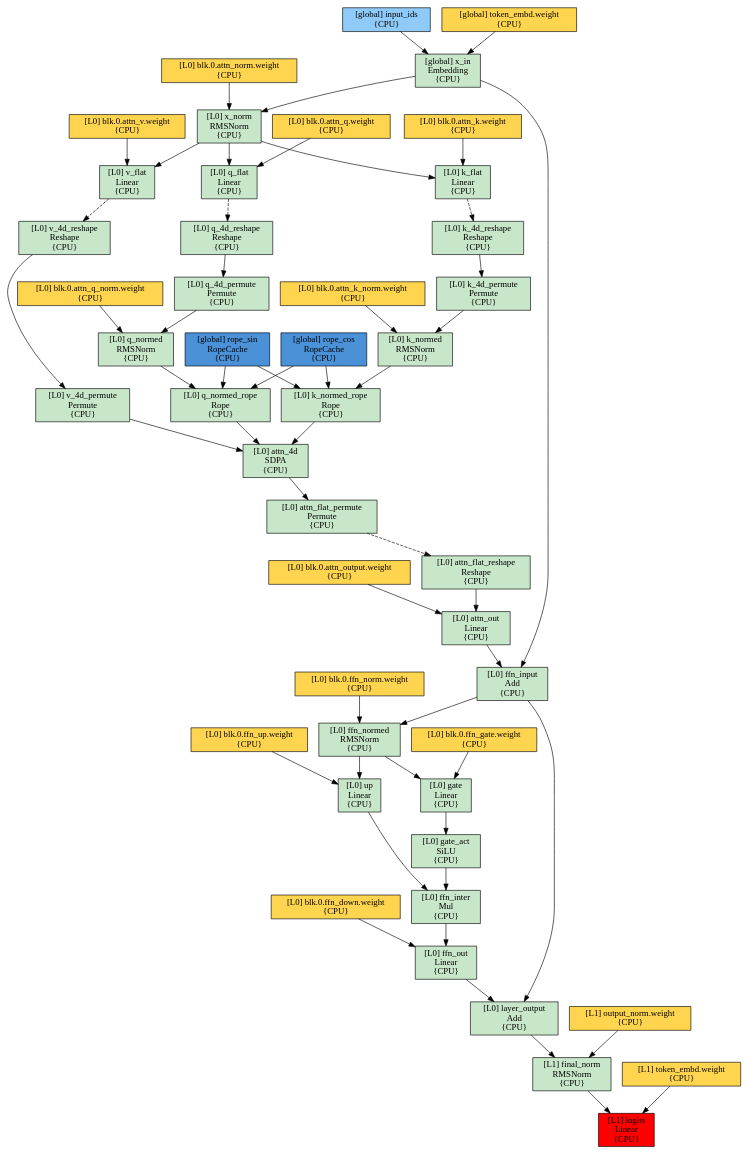
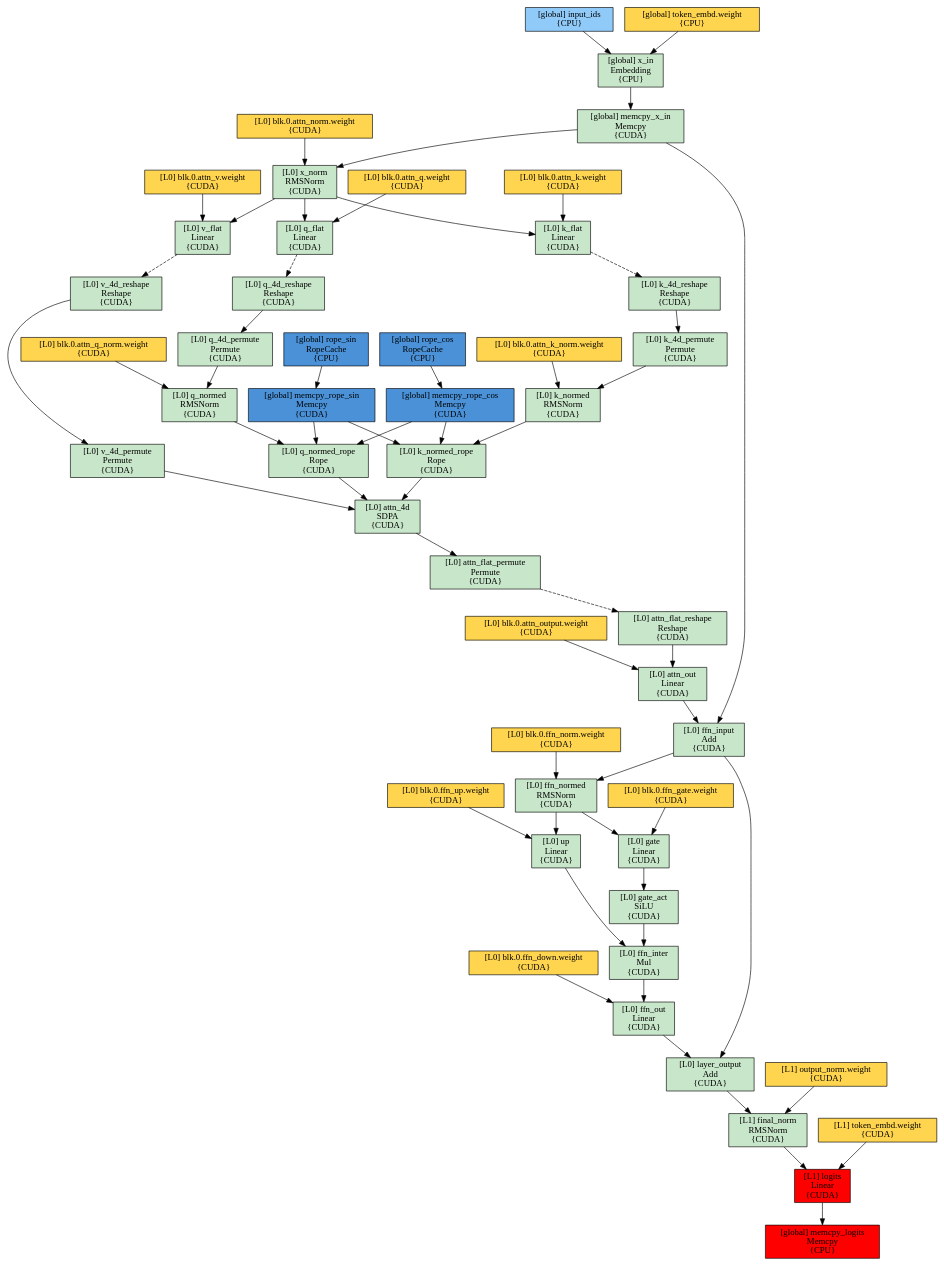
Before and after one commit to Aimol-l/Genllm: the diagram in qwen3_graph.dot, drawn with Graphviz. The commit also changed 65 other files, not shown here.

```diff
--- a/qwen3_graph.dot
+++ b/qwen3_graph.dot
@@ -1,104 +1,112 @@
 digraph ComputeGraph {
   rankdir=TB;
   node [shape=box, style=filled];
 
-  "L1_logits" [fillcolor="#ff0000", label="[L1] logits\nLinear\n{CPU}"];
-  "L1_final_norm" [fillcolor="#C8E6C9", label="[L1] final_norm\nRMSNorm\n{CPU}"];
-  "L1_token_embd.weight" [fillcolor="#FFD54F", label="[L1] token_embd.weight\n{CPU}"];
-  "L0_layer_output" [fillcolor="#C8E6C9", label="[L0] layer_output\nAdd\n{CPU}"];
-  "L1_output_norm.weight" [fillcolor="#FFD54F", label="[L1] output_norm.weight\n{CPU}"];
-  "L0_ffn_out" [fillcolor="#C8E6C9", label="[L0] ffn_out\nLinear\n{CPU}"];
-  "L0_ffn_input" [fillcolor="#C8E6C9", label="[L0] ffn_input\nAdd\n{CPU}"];
-  "L0_ffn_inter" [fillcolor="#C8E6C9", label="[L0] ffn_inter\nMul\n{CPU}"];
-  "L0_blk.0.ffn_down.weight" [fillcolor="#FFD54F", label="[L0] blk.0.ffn_down.weight\n{CPU}"];
-  "L0_attn_out" [fillcolor="#C8E6C9", label="[L0] attn_out\nLinear\n{CPU}"];
+  "L1_logits" [fillcolor="#ff0000", label="[L1] logits\nLinear\n{CUDA}"];
+  "L1_final_norm" [fillcolor="#C8E6C9", label="[L1] final_norm\nRMSNorm\n{CUDA}"];
+  "L1_token_embd.weight" [fillcolor="#FFD54F", label="[L1] token_embd.weight\n{CUDA}"];
+  "L0_layer_output" [fillcolor="#C8E6C9", label="[L0] layer_output\nAdd\n{CUDA}"];
+  "L1_output_norm.weight" [fillcolor="#FFD54F", label="[L1] output_norm.weight\n{CUDA}"];
+  "L0_ffn_out" [fillcolor="#C8E6C9", label="[L0] ffn_out\nLinear\n{CUDA}"];
+  "L0_ffn_input" [fillcolor="#C8E6C9", label="[L0] ffn_input\nAdd\n{CUDA}"];
+  "L0_ffn_inter" [fillcolor="#C8E6C9", label="[L0] ffn_inter\nMul\n{CUDA}"];
+  "L0_blk.0.ffn_down.weight" [fillcolor="#FFD54F", label="[L0] blk.0.ffn_down.weight\n{CUDA}"];
+  "L0_attn_out" [fillcolor="#C8E6C9", label="[L0] attn_out\nLinear\n{CUDA}"];
   "L-1_x_in" [fillcolor="#C8E6C9", label="[global] x_in\nEmbedding\n{CPU}"];
-  "L0_gate_act" [fillcolor="#C8E6C9", label="[L0] gate_act\nSiLU\n{CPU}"];
-  "L0_up" [fillcolor="#C8E6C9", label="[L0] up\nLinear\n{CPU}"];
-  "L0_attn_flat_reshape" [fillcolor="#C8E6C9", label="[L0] attn_flat_reshape\nReshape\n{CPU}"];
-  "L0_blk.0.attn_output.weight" [fillcolor="#FFD54F", label="[L0] blk.0.attn_output.weight\n{CPU}"];
+  "L0_gate_act" [fillcolor="#C8E6C9", label="[L0] gate_act\nSiLU\n{CUDA}"];
+  "L0_up" [fillcolor="#C8E6C9", label="[L0] up\nLinear\n{CUDA}"];
+  "L0_attn_flat_reshape" [fillcolor="#C8E6C9", label="[L0] attn_flat_reshape\nReshape\n{CUDA}"];
+  "L0_blk.0.attn_output.weight" [fillcolor="#FFD54F", label="[L0] blk.0.attn_output.weight\n{CUDA}"];
   "L-1_input_ids" [fillcolor="#90CAF9", label="[global] input_ids\n{CPU}"];
   "L-1_token_embd.weight" [fillcolor="#FFD54F", label="[global] token_embd.weight\n{CPU}"];
-  "L0_gate" [fillcolor="#C8E6C9", label="[L0] gate\nLinear\n{CPU}"];
-  "L0_ffn_normed" [fillcolor="#C8E6C9", label="[L0] ffn_normed\nRMSNorm\n{CPU}"];
-  "L0_blk.0.ffn_up.weight" [fillcolor="#FFD54F", label="[L0] blk.0.ffn_up.weight\n{CPU}"];
-  "L0_attn_flat_permute" [fillcolor="#C8E6C9", label="[L0] attn_flat_permute\nPermute\n{CPU}"];
-  "L0_blk.0.ffn_gate.weight" [fillcolor="#FFD54F", label="[L0] blk.0.ffn_gate.weight\n{CPU}"];
-  "L0_blk.0.ffn_norm.weight" [fillcolor="#FFD54F", label="[L0] blk.0.ffn_norm.weight\n{CPU}"];
-  "L0_attn_4d" [fillcolor="#C8E6C9", label="[L0] attn_4d\nSDPA\n{CPU}"];
-  "L0_q_normed_rope" [fillcolor="#C8E6C9", label="[L0] q_normed_rope\nRope\n{CPU}"];
-  "L0_k_normed_rope" [fillcolor="#C8E6C9", label="[L0] k_normed_rope\nRope\n{CPU}"];
-  "L0_v_4d_permute" [fillcolor="#C8E6C9", label="[L0] v_4d_permute\nPermute\n{CPU}"];
-  "L0_q_normed" [fillcolor="#C8E6C9", label="[L0] q_normed\nRMSNorm\n{CPU}"];
+  "L0_gate" [fillcolor="#C8E6C9", label="[L0] gate\nLinear\n{CUDA}"];
+  "L0_ffn_normed" [fillcolor="#C8E6C9", label="[L0] ffn_normed\nRMSNorm\n{CUDA}"];
+  "L0_blk.0.ffn_up.weight" [fillcolor="#FFD54F", label="[L0] blk.0.ffn_up.weight\n{CUDA}"];
+  "L0_attn_flat_permute" [fillcolor="#C8E6C9", label="[L0] attn_flat_permute\nPermute\n{CUDA}"];
+  "L0_blk.0.ffn_gate.weight" [fillcolor="#FFD54F", label="[L0] blk.0.ffn_gate.weight\n{CUDA}"];
+  "L0_blk.0.ffn_norm.weight" [fillcolor="#FFD54F", label="[L0] blk.0.ffn_norm.weight\n{CUDA}"];
+  "L0_attn_4d" [fillcolor="#C8E6C9", label="[L0] attn_4d\nSDPA\n{CUDA}"];
+  "L0_q_normed_rope" [fillcolor="#C8E6C9", label="[L0] q_normed_rope\nRope\n{CUDA}"];
+  "L0_k_normed_rope" [fillcolor="#C8E6C9", label="[L0] k_normed_rope\nRope\n{CUDA}"];
+  "L0_v_4d_permute" [fillcolor="#C8E6C9", label="[L0] v_4d_permute\nPermute\n{CUDA}"];
+  "L0_q_normed" [fillcolor="#C8E6C9", label="[L0] q_normed\nRMSNorm\n{CUDA}"];
   "L-1_rope_cos" [fillcolor="#4a91d8", label="[global] rope_cos\nRopeCache\n{CPU}"];
   "L-1_rope_sin" [fillcolor="#4a91d8", label="[global] rope_sin\nRopeCache\n{CPU}"];
-  "L0_k_normed" [fillcolor="#C8E6C9", label="[L0] k_normed\nRMSNorm\n{CPU}"];
-  "L0_v_4d_reshape" [fillcolor="#C8E6C9", label="[L0] v_4d_reshape\nReshape\n{CPU}"];
-  "L0_q_4d_permute" [fillcolor="#C8E6C9", label="[L0] q_4d_permute\nPermute\n{CPU}"];
-  "L0_blk.0.attn_q_norm.weight" [fillcolor="#FFD54F", label="[L0] blk.0.attn_q_norm.weight\n{CPU}"];
-  "L0_k_4d_permute" [fillcolor="#C8E6C9", label="[L0] k_4d_permute\nPermute\n{CPU}"];
-  "L0_blk.0.attn_k_norm.weight" [fillcolor="#FFD54F", label="[L0] blk.0.attn_k_norm.weight\n{CPU}"];
-  "L0_v_flat" [fillcolor="#C8E6C9", label="[L0] v_flat\nLinear\n{CPU}"];
-  "L0_q_4d_reshape" [fillcolor="#C8E6C9", label="[L0] q_4d_reshape\nReshape\n{CPU}"];
-  "L0_k_4d_reshape" [fillcolor="#C8E6C9", label="[L0] k_4d_reshape\nReshape\n{CPU}"];
-  "L0_x_norm" [fillcolor="#C8E6C9", label="[L0] x_norm\nRMSNorm\n{CPU}"];
-  "L0_blk.0.attn_v.weight" [fillcolor="#FFD54F", label="[L0] blk.0.attn_v.weight\n{CPU}"];
-  "L0_q_flat" [fillcolor="#C8E6C9", label="[L0] q_flat\nLinear\n{CPU}"];
-  "L0_k_flat" [fillcolor="#C8E6C9", label="[L0] k_flat\nLinear\n{CPU}"];
-  "L0_blk.0.attn_norm.weight" [fillcolor="#FFD54F", label="[L0] blk.0.attn_norm.weight\n{CPU}"];
-  "L0_blk.0.attn_q.weight" [fillcolor="#FFD54F", label="[L0] blk.0.attn_q.weight\n{CPU}"];
-  "L0_blk.0.attn_k.weight" [fillcolor="#FFD54F", label="[L0] blk.0.attn_k.weight\n{CPU}"];
+  "L0_k_normed" [fillcolor="#C8E6C9", label="[L0] k_normed\nRMSNorm\n{CUDA}"];
+  "L0_v_4d_reshape" [fillcolor="#C8E6C9", label="[L0] v_4d_reshape\nReshape\n{CUDA}"];
+  "L0_q_4d_permute" [fillcolor="#C8E6C9", label="[L0] q_4d_permute\nPermute\n{CUDA}"];
+  "L0_blk.0.attn_q_norm.weight" [fillcolor="#FFD54F", label="[L0] blk.0.attn_q_norm.weight\n{CUDA}"];
+  "L0_k_4d_permute" [fillcolor="#C8E6C9", label="[L0] k_4d_permute\nPermute\n{CUDA}"];
+  "L0_blk.0.attn_k_norm.weight" [fillcolor="#FFD54F", label="[L0] blk.0.attn_k_norm.weight\n{CUDA}"];
+  "L0_v_flat" [fillcolor="#C8E6C9", label="[L0] v_flat\nLinear\n{CUDA}"];
+  "L0_q_4d_reshape" [fillcolor="#C8E6C9", label="[L0] q_4d_reshape\nReshape\n{CUDA}"];
+  "L0_k_4d_reshape" [fillcolor="#C8E6C9", label="[L0] k_4d_reshape\nReshape\n{CUDA}"];
+  "L0_x_norm" [fillcolor="#C8E6C9", label="[L0] x_norm\nRMSNorm\n{CUDA}"];
+  "L0_blk.0.attn_v.weight" [fillcolor="#FFD54F", label="[L0] blk.0.attn_v.weight\n{CUDA}"];
+  "L0_q_flat" [fillcolor="#C8E6C9", label="[L0] q_flat\nLinear\n{CUDA}"];
+  "L0_k_flat" [fillcolor="#C8E6C9", label="[L0] k_flat\nLinear\n{CUDA}"];
+  "L0_blk.0.attn_norm.weight" [fillcolor="#FFD54F", label="[L0] blk.0.attn_norm.weight\n{CUDA}"];
+  "L0_blk.0.attn_q.weight" [fillcolor="#FFD54F", label="[L0] blk.0.attn_q.weight\n{CUDA}"];
+  "L0_blk.0.attn_k.weight" [fillcolor="#FFD54F", label="[L0] blk.0.attn_k.weight\n{CUDA}"];
+  "L-1_memcpy_x_in" [fillcolor="#C8E6C9", label="[global] memcpy_x_in\nMemcpy\n{CUDA}"];
+  "L-1_memcpy_rope_cos" [fillcolor="#4a91d8", label="[global] memcpy_rope_cos\nMemcpy\n{CUDA}"];
+  "L-1_memcpy_rope_sin" [fillcolor="#4a91d8", label="[global] memcpy_rope_sin\nMemcpy\n{CUDA}"];
+  "L-1_memcpy_logits" [fillcolor="#ff0000", label="[global] memcpy_logits\nMemcpy\n{CPU}"];
 
   "L1_final_norm" -> "L1_logits" [];
   "L1_token_embd.weight" -> "L1_logits" [];
   "L0_layer_output" -> "L1_final_norm" [];
   "L1_output_norm.weight" -> "L1_final_norm" [];
   "L0_ffn_out" -> "L0_layer_output" [];
   "L0_ffn_input" -> "L0_layer_output" [];
   "L0_ffn_inter" -> "L0_ffn_out" [];
   "L0_blk.0.ffn_down.weight" -> "L0_ffn_out" [];
   "L0_attn_out" -> "L0_ffn_input" [];
-  "L-1_x_in" -> "L0_ffn_input" [];
+  "L-1_memcpy_x_in" -> "L0_ffn_input" [];
   "L0_gate_act" -> "L0_ffn_inter" [];
   "L0_up" -> "L0_ffn_inter" [];
   "L0_attn_flat_reshape" -> "L0_attn_out" [];
   "L0_blk.0.attn_output.weight" -> "L0_attn_out" [];
   "L-1_input_ids" -> "L-1_x_in" [];
   "L-1_token_embd.weight" -> "L-1_x_in" [];
   "L0_gate" -> "L0_gate_act" [];
   "L0_ffn_normed" -> "L0_up" [];
   "L0_blk.0.ffn_up.weight" -> "L0_up" [];
   "L0_attn_flat_permute" -> "L0_attn_flat_reshape" [style=dashed];
   "L0_ffn_normed" -> "L0_gate" [];
   "L0_blk.0.ffn_gate.weight" -> "L0_gate" [];
   "L0_ffn_input" -> "L0_ffn_normed" [];
   "L0_blk.0.ffn_norm.weight" -> "L0_ffn_normed" [];
   "L0_attn_4d" -> "L0_attn_flat_permute" [];
   "L0_q_normed_rope" -> "L0_attn_4d" [];
   "L0_k_normed_rope" -> "L0_attn_4d" [];
   "L0_v_4d_permute" -> "L0_attn_4d" [];
   "L0_q_normed" -> "L0_q_normed_rope" [];
-  "L-1_rope_cos" -> "L0_q_normed_rope" [];
-  "L-1_rope_sin" -> "L0_q_normed_rope" [];
+  "L-1_memcpy_rope_cos" -> "L0_q_normed_rope" [];
+  "L-1_memcpy_rope_sin" -> "L0_q_normed_rope" [];
   "L0_k_normed" -> "L0_k_normed_rope" [];
-  "L-1_rope_cos" -> "L0_k_normed_rope" [];
-  "L-1_rope_sin" -> "L0_k_normed_rope" [];
+  "L-1_memcpy_rope_cos" -> "L0_k_normed_rope" [];
+  "L-1_memcpy_rope_sin" -> "L0_k_normed_rope" [];
   "L0_v_4d_reshape" -> "L0_v_4d_permute" [];
   "L0_q_4d_permute" -> "L0_q_normed" [];
   "L0_blk.0.attn_q_norm.weight" -> "L0_q_normed" [];
   "L0_k_4d_permute" -> "L0_k_normed" [];
   "L0_blk.0.attn_k_norm.weight" -> "L0_k_normed" [];
   "L0_v_flat" -> "L0_v_4d_reshape" [style=dashed];
   "L0_q_4d_reshape" -> "L0_q_4d_permute" [];
   "L0_k_4d_reshape" -> "L0_k_4d_permute" [];
   "L0_x_norm" -> "L0_v_flat" [];
   "L0_blk.0.attn_v.weight" -> "L0_v_flat" [];
   "L0_q_flat" -> "L0_q_4d_reshape" [style=dashed];
   "L0_k_flat" -> "L0_k_4d_reshape" [style=dashed];
-  "L-1_x_in" -> "L0_x_norm" [];
+  "L-1_memcpy_x_in" -> "L0_x_norm" [];
   "L0_blk.0.attn_norm.weight" -> "L0_x_norm" [];
   "L0_x_norm" -> "L0_q_flat" [];
   "L0_blk.0.attn_q.weight" -> "L0_q_flat" [];
   "L0_x_norm" -> "L0_k_flat" [];
   "L0_blk.0.attn_k.weight" -> "L0_k_flat" [];
+  "L-1_x_in" -> "L-1_memcpy_x_in" [];
+  "L-1_rope_cos" -> "L-1_memcpy_rope_cos" [];
+  "L-1_rope_sin" -> "L-1_memcpy_rope_sin" [];
+  "L1_logits" -> "L-1_memcpy_logits" [];
 }
```
